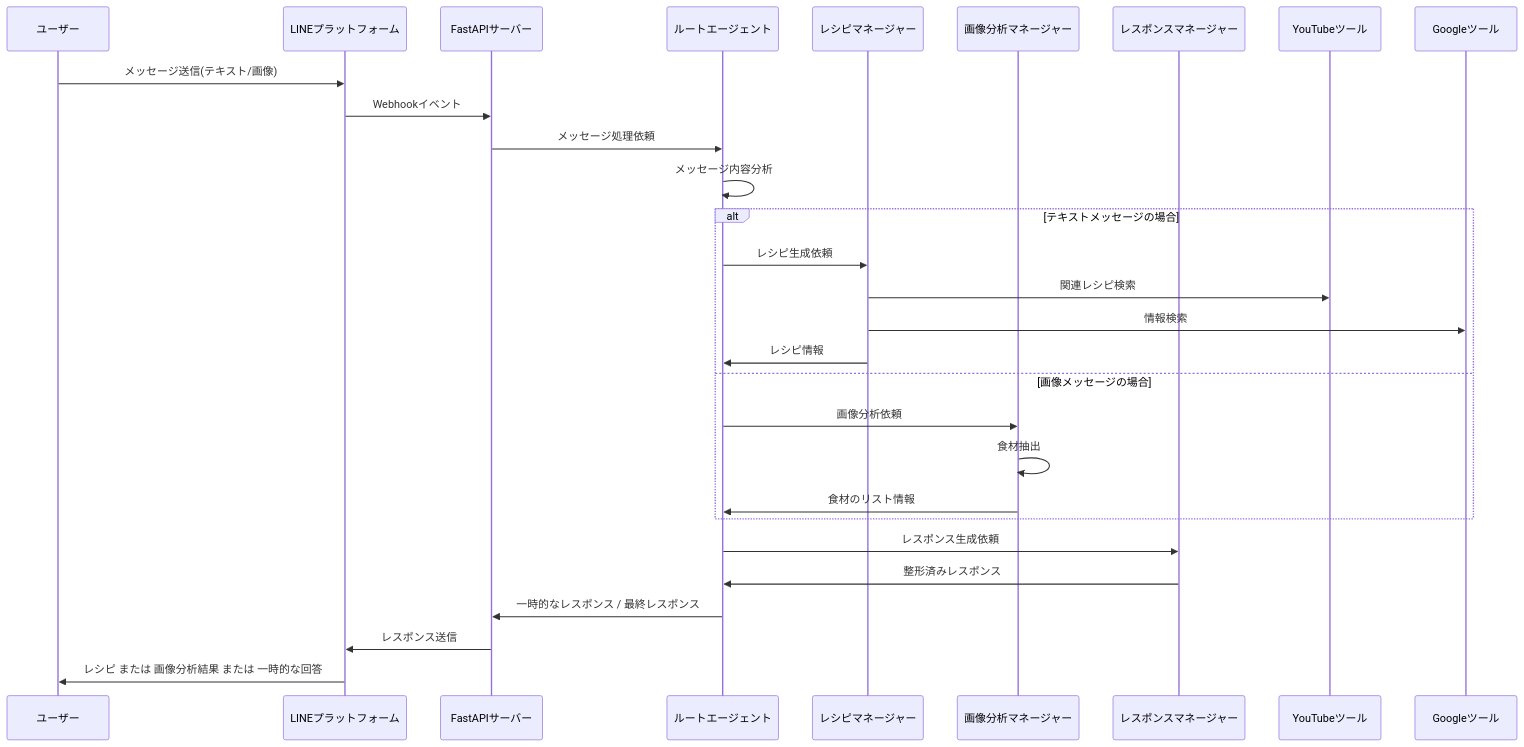
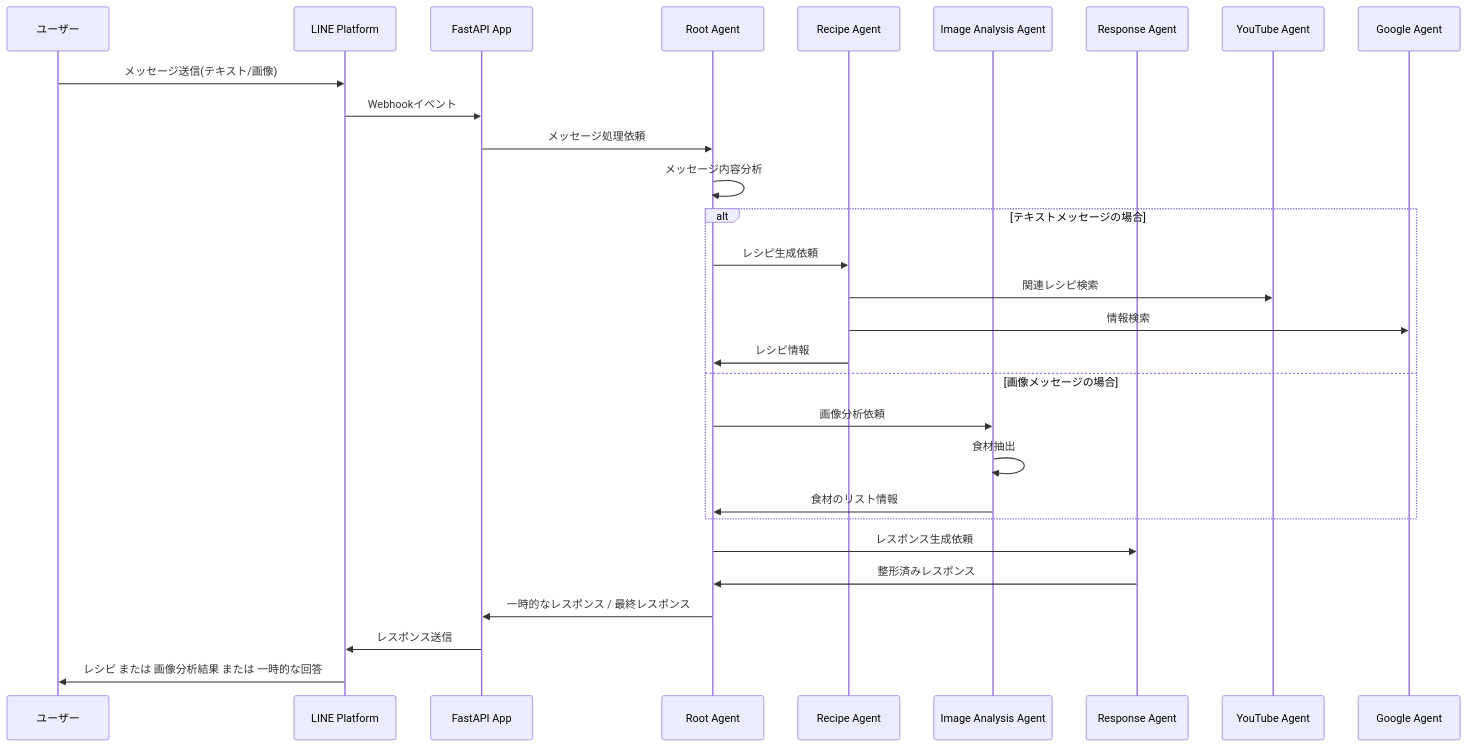
One commit to Antonnion/zenn-ai-hackathon changed the first of 2 diagrams in README.md. Above: the diagram before and after it, drawn with Mermaid. The commit also changed other lines of this file and 1 other file, not shown here.

Commit message:
feat: シーケンス図を追加

````diff
--- a/README.md
+++ b/README.md
@@ -33,34 +33,34 @@
 ```mermaid
 sequenceDiagram
     participant ユーザー
-    participant LINEプラットフォーム
-    participant FastAPIサーバー
-    participant ルートエージェント
-    participant レシピマネージャー
-    participant 画像分析マネージャー
-    participant レスポンスマネージャー
-    participant YouTubeツール
-    participant Googleツール
+    participant LINE Platform
+    participant FastAPI App
+    participant Root Agent
+    participant Recipe Agent
+    participant Image Analysis Agent
+    participant Response Agent
+    participant YouTube Agent
+    participant Google Agent
 
-    ユーザー->>LINEプラットフォーム: メッセージ送信(テキスト/画像)
-    LINEプラットフォーム->>FastAPIサーバー: Webhookイベント
-    FastAPIサーバー->>ルートエージェント: メッセージ処理依頼
-    ルートエージェント->>ルートエージェント: メッセージ内容分析
+    ユーザー->>LINE Platform: メッセージ送信(テキスト/画像)
+    LINE Platform->>FastAPI App: Webhookイベント
+    FastAPI App->>Root Agent: メッセージ処理依頼
+    Root Agent->>Root Agent: メッセージ内容分析
 
     alt テキストメッセージの場合
-        ルートエージェント->>レシピマネージャー: レシピ生成依頼
-        レシピマネージャー->>YouTubeツール: 関連レシピ検索
-        レシピマネージャー->>Googleツール: 情報検索
-        レシピマネージャー->>ルートエージェント: レシピ情報
+        Root Agent->>Recipe Agent: レシピ生成依頼
+        Recipe Agent->>YouTube Agent: 関連レシピ検索
+        Recipe Agent->>Google Agent: 情報検索
+        Recipe Agent->>Root Agent: レシピ情報
     else 画像メッセージの場合
-        ルートエージェント->>画像分析マネージャー: 画像分析依頼
-        画像分析マネージャー->>画像分析マネージャー: 食材抽出
-        画像分析マネージャー->>ルートエージェント: 食材のリスト情報
+        Root Agent->>Image Analysis Agent: 画像分析依頼
+        Image Analysis Agent->>Image Analysis Agent: 食材抽出
+        Image Analysis Agent->>Root Agent: 食材のリスト情報
     end
 
-    ルートエージェント->>レスポンスマネージャー: レスポンス生成依頼
-    レスポンスマネージャー->>ルートエージェント: 整形済みレスポンス
-    ルートエージェント->>FastAPIサーバー: 一時的なレスポンス / 最終レスポンス
-    FastAPIサーバー->>LINEプラットフォーム: レスポンス送信
-    LINEプラットフォーム->>ユーザー: レシピ または 画像分析結果 または 一時的な回答
+    Root Agent->>Response Agent: レスポンス生成依頼
+    Response Agent->>Root Agent: 整形済みレスポンス
+    Root Agent->>FastAPI App: 一時的なレスポンス / 最終レスポンス
+    FastAPI App->>LINE Platform: レスポンス送信
+    LINE Platform->>ユーザー: レシピ または 画像分析結果 または 一時的な回答
 ```
````
